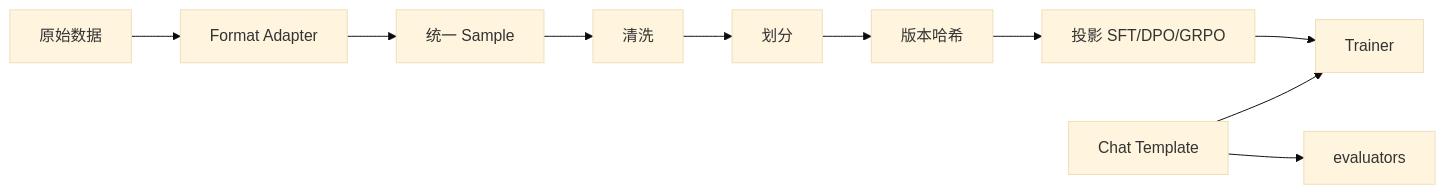
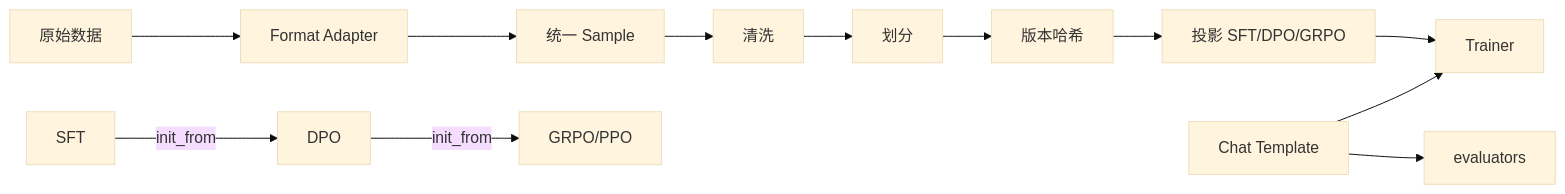
The diagram in README.md (cyyi888/post-training), drawn with Mermaid (base theme) before and after one commit. The commit also changed other lines of this file and 33 other files, not shown here.

````diff
--- a/README.md
+++ b/README.md
@@ -33,12 +33,14 @@
 ```mermaid
 flowchart LR
   Raw[原始数据] --> Adapter[Format Adapter]
   Adapter --> Sample[统一 Sample]
   Sample --> Clean[清洗]
   Clean --> Split[划分]
   Split --> Ver[版本哈希]
   Ver --> Proj[投影 SFT/DPO/GRPO]
   Proj --> Trainer
   ChatTpl[Chat Template] --> Trainer
   ChatTpl --> Eval[evaluators]
+  SFT[SFT] -->|init_from| DPO[DPO]
+  DPO -->|init_from| RL[GRPO/PPO]
 ```
````
